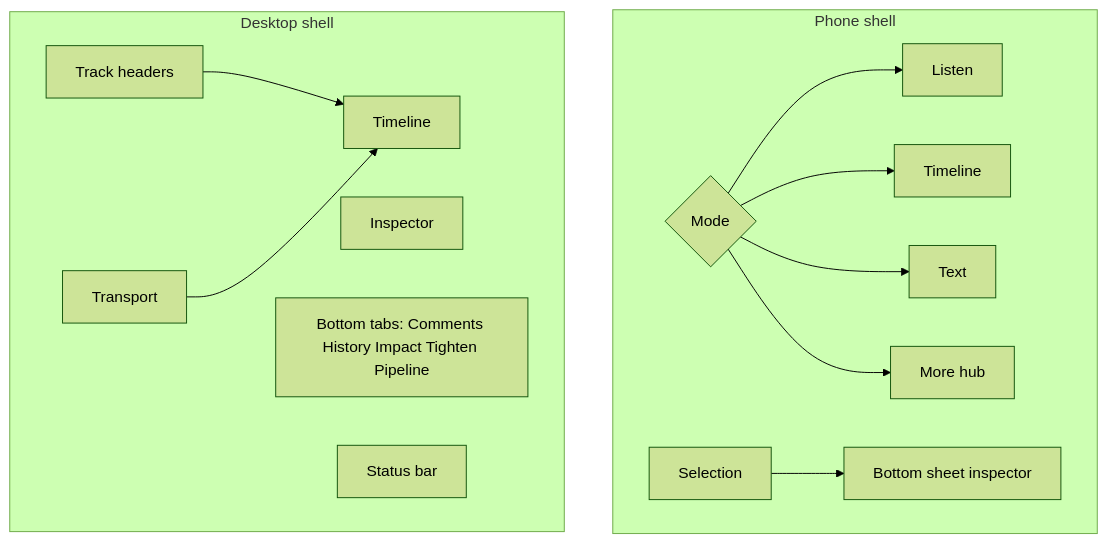
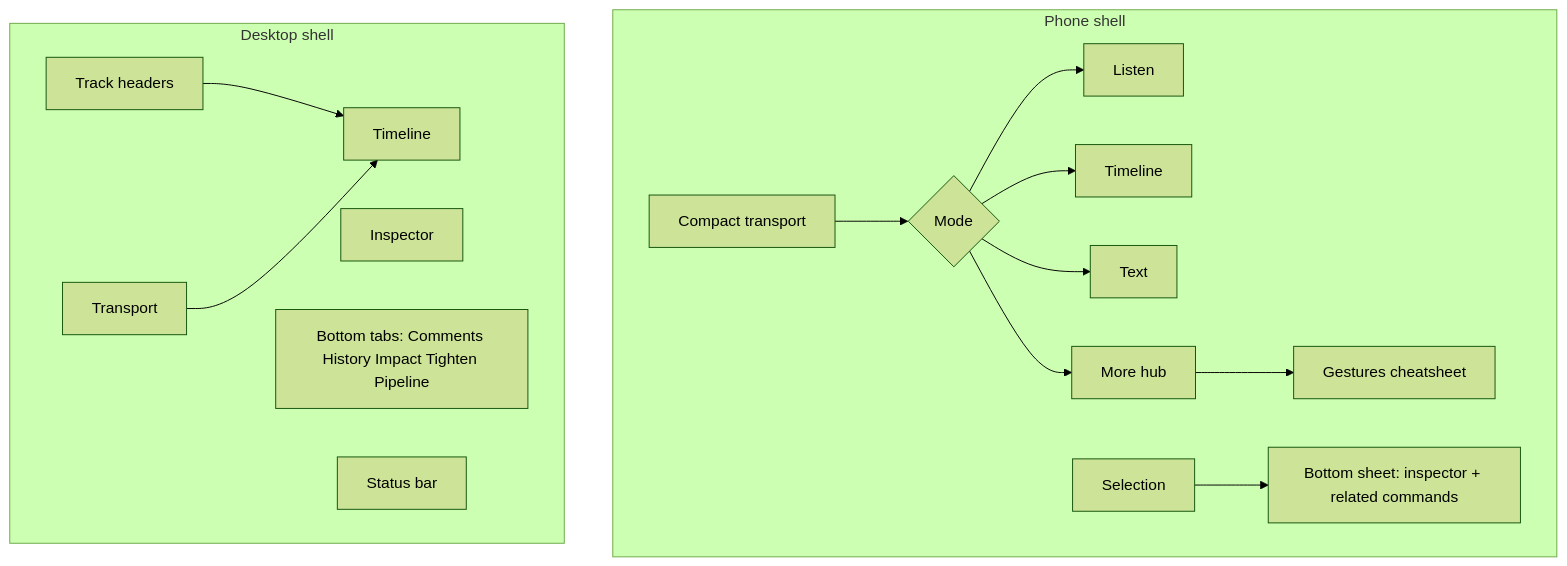
One commit to calebn/sharecut-studio changed the first of 3 diagrams in ux/pages/screen-inventory.md. Above: the diagram before and after it, drawn with Mermaid (forest theme). The commit also changed other lines of this file and 5 other files, not shown here.

````diff
--- a/ux/pages/screen-inventory.md
+++ b/ux/pages/screen-inventory.md
@@ -25,20 +25,23 @@
 ```mermaid
 flowchart TB
   subgraph phone [Phone shell]
+    T[Compact transport]
     M{Mode}
+    T --> M
     M --> L[Listen]
     M --> TL[Timeline]
     M --> TX[Text]
     M --> MO[More hub]
-    SEL[Selection] --> BS[Bottom sheet inspector]
+    MO --> G[Gestures cheatsheet]
+    SEL[Selection] --> BS[Bottom sheet: inspector + related commands]
   end
 
   subgraph desktop [Desktop shell]
     TR[Transport]
     TH[Track headers] --> TIM[Timeline]
     TR --> TIM
     INS[Inspector]
     TAB[Bottom tabs: Comments History Impact Tighten Pipeline]
     ST[Status bar]
   end
 ```
````
